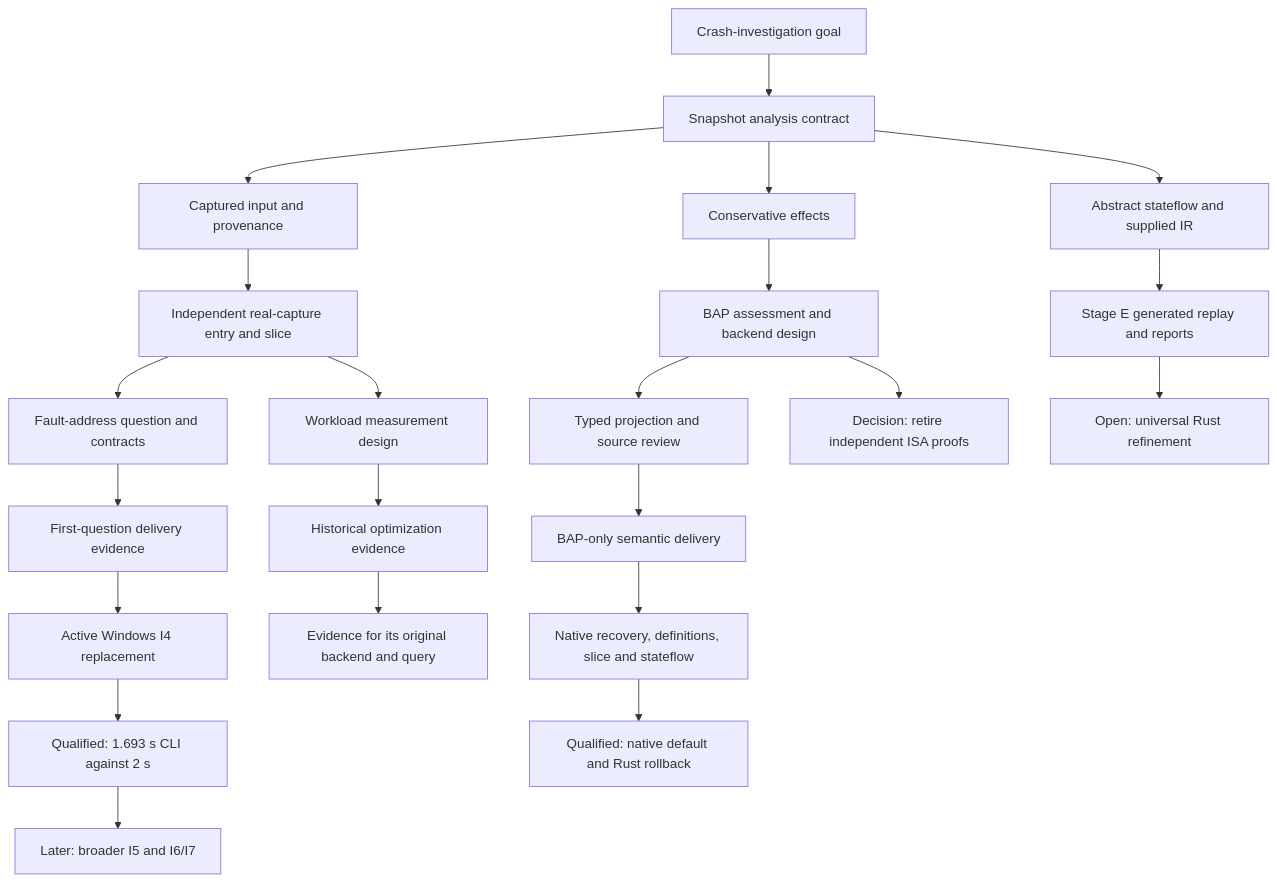
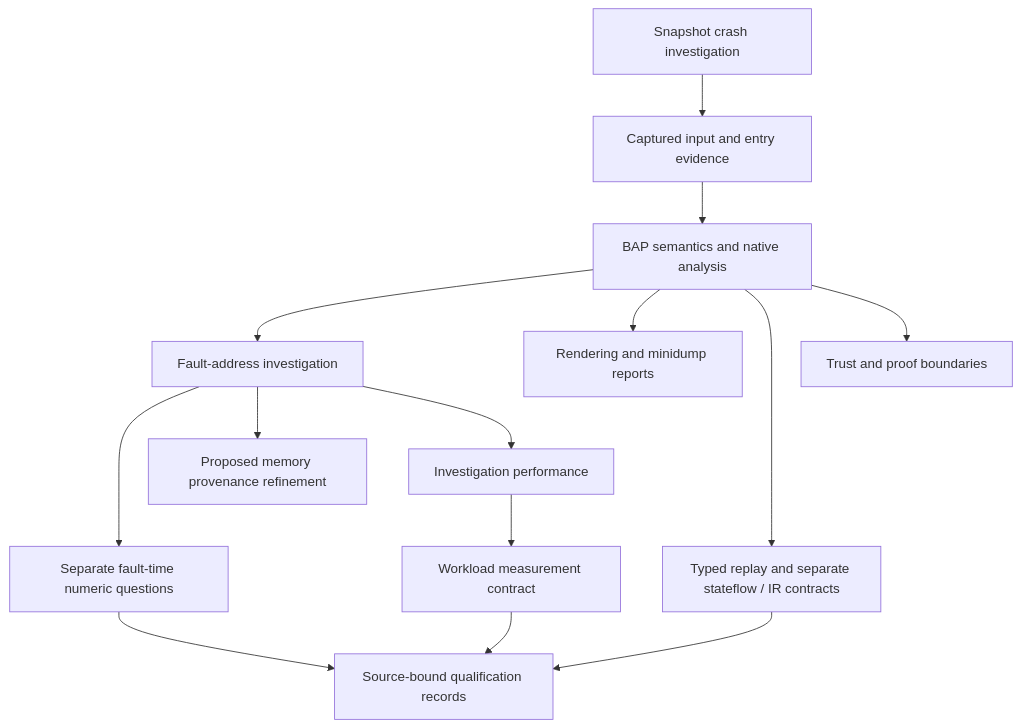
The diagram in docs/documentation-map.md (NzSN/Ariadne), drawn with Mermaid before and after one commit. The commit also changed other lines of this file and 121 other files, not shown here.

````diff
--- a/docs/documentation-map.md
+++ b/docs/documentation-map.md
@@ -35,24 +15,16 @@
 ```mermaid
 flowchart TD
-    Goal[Crash-investigation goal] --> Core[Snapshot analysis contract]
-    Core --> Input[Captured input and provenance]
-    Core --> Effects[Conservative effects]
-    Effects --> BAP[BAP assessment and backend design]
-    BAP --> Projection[Typed projection and source review]
-    Projection --> Delivery[BAP-only semantic delivery]
-    Delivery --> Native[Native recovery, definitions, slice and stateflow]
-    Native --> Windows[Qualified: native default and Rust rollback]
-    Input --> Capture[Independent real-capture entry and slice]
-    Capture --> Explain[Fault-address question and contracts]
-    Explain --> Evidence[First-question delivery evidence]
-    Evidence --> Repin[Active Windows I4 replacement]
-    Repin --> Budget[Qualified: 1.693 s CLI against 2 s]
-    Budget --> Later[Later: broader I5 and I6/I7]
-    Core --> State[Abstract stateflow and supplied IR]
-    State --> Replay[Stage E generated replay and reports]
-    Replay --> Proof[Open: universal Rust refinement]
-    Capture --> Measure[Workload measurement design]
-    Measure --> Perf[Historical optimization evidence]
-    Perf --> Historical[Evidence for its original backend and query]
-    BAP --> Scope[Decision: retire independent ISA proofs]
+    Goal[Snapshot crash investigation] --> Input[Captured input and entry evidence]
+    Input --> BAP[BAP semantics and native analysis]
+    BAP --> Explain[Fault-address investigation]
+    Explain --> Numeric[Separate fault-time numeric questions]
+    Explain --> Memory[Proposed memory provenance refinement]
+    BAP --> Reports[Rendering and minidump reports]
+    BAP --> Replay[Typed replay and separate stateflow / IR contracts]
+    Explain --> Performance[Investigation performance]
+    Performance --> Workload[Workload measurement contract]
+    BAP --> Assurance[Trust and proof boundaries]
+    Numeric --> Evidence[Source-bound qualification records]
+    Replay --> Evidence
+    Workload --> Evidence
 ```
````
